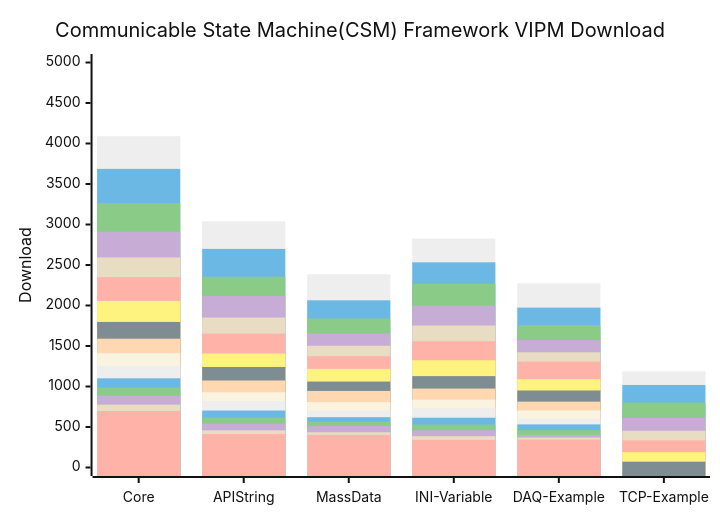
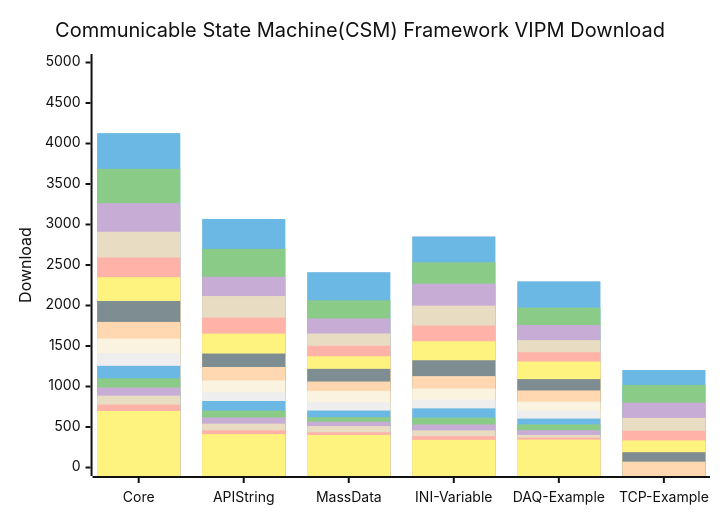
The diagram in profile/README.md (NEVSTOP-LAB/.github), drawn with Mermaid (neutral theme) before and after one commit.

Commit message:
Modify bar chart values in README
Updated bar chart data for CSM Framework downloads.

````diff
--- a/profile/README.md
+++ b/profile/README.md
@@ -31,22 +31,23 @@
 ```mermaid
     xychart-beta
     title "Communicable State Machine(CSM) Framework VIPM Download"
     x-axis [Core, API String, MassData, INI-Variable, DAQ-Example, TCP-Example]
     y-axis "Download" 0 --> 5000
-    bar   [4090, 3040, 2386, 2826, 2274, 1187]
+    bar   [4128, 3068, 2411, 2852, 2298, 1203]
+    bar   [4128, 3068, 2411, 2852, 2298, 1203]
     bar   [3687, 2699, 2064, 2533, 1974, 1019]
     bar   [3264, 2355, 1840, 2269, 1759, 801]
     bar   [2910, 2117, 1654, 1998, 1573, 612]
     bar   [2593, 1851, 1503, 1753, 1423, 454]
     bar   [2350, 1653, 1374, 1559, 1308, 334]
     bar   [2056, 1407, 1218, 1324, 1091, 189]
     bar   [1797, 1241, 1061, 1128, 951, 72]
     bar   [1590, 1074, 945, 974, 813]
     bar   [1412, 929, 807, 837, 704]
     bar   [1255, 821, 703, 730, 604]
     bar   [1101, 703, 621, 615, 532]
     bar   [987, 617, 565, 531, 461]
     bar   [887, 541, 512, 459, 402]
     bar   [776, 459, 435, 387, 369]
     bar   [698, 412, 402, 341, 344]
 ```
````
